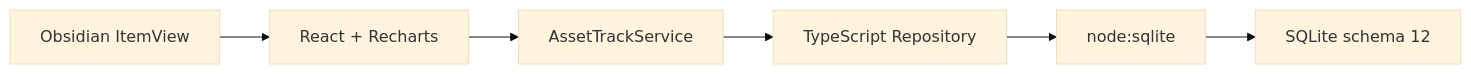
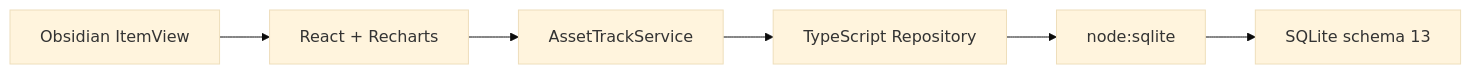
The diagram in docs/04-architecture.md (ApoclyReol/AssetTrack-Obsidian), drawn with Mermaid (base theme) before and after one commit. The commit also changed other lines of this file and 85 other files, not shown here.

````diff
--- a/docs/04-architecture.md
+++ b/docs/04-architecture.md
@@ -20,8 +20,8 @@
 ```mermaid
 flowchart LR
     A["Obsidian ItemView"] --> B["React + Recharts"]
     B --> C["AssetTrackService"]
     C --> D["TypeScript Repository"]
     D --> E["node:sqlite"]
-    E --> F["SQLite schema 12"]
+    E --> F["SQLite schema 13"]
 ```
````
